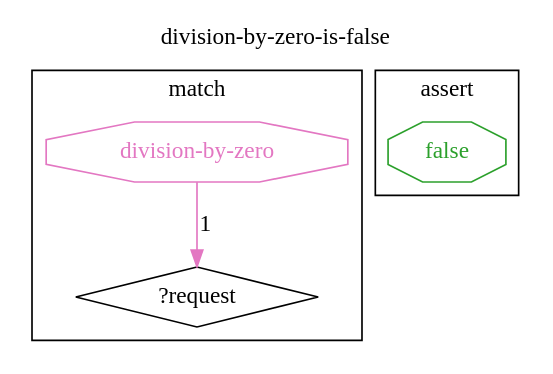
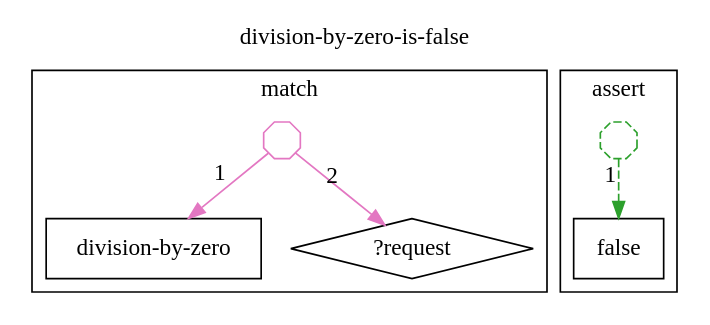
Before and after one commit to agutikov/ein: the diagram in docs/ein/user/04-reference/04-stdlib/diagrams/09-std.math.arith.division-by-zero-is-false.dot, drawn with Graphviz. The commit also changed 1083 other files, not shown here.

```diff
--- a/docs/ein/user/04-reference/04-stdlib/diagrams/09-std.math.arith.division-by-zero-is-false.dot
+++ b/docs/ein/user/04-reference/04-stdlib/diagrams/09-std.math.arith.division-by-zero-is-false.dot
@@ -1,12 +1,16 @@
 digraph rule_division_by_zero_is_false_lhs_rhs {
   rankdir=TB;
   label="division-by-zero-is-false"; labelloc=t;
   subgraph cluster_lhs { label="match";
+    "division-by-zero_L" [label="division-by-zero", shape=box];
     "?request_L" [label="?request", shape=diamond];
-    "h1_division-by-zero_L" [shape=octagon, label="division-by-zero", color="#e377c2", fontcolor="#e377c2"];
-    "h1_division-by-zero_L" -> "?request_L" [label="1", color="#e377c2"];
+    "h1_division-by-zero_L" [shape=octagon, label="", width=0.3, height=0.3, fixedsize=true, color="#e377c2"];
+    "h1_division-by-zero_L" -> "division-by-zero_L" [xlabel="1", color="#e377c2"];
+    "h1_division-by-zero_L" -> "?request_L" [xlabel="2", color="#e377c2"];
   }
   subgraph cluster_rhs { label="assert";
-    "h2_false_R" [shape=octagon, label="false", color="#2ca02c", fontcolor="#2ca02c"];
+    "false_R" [label="false", shape=box];
+    "h2_false_R" [shape=octagon, label="", width=0.3, height=0.3, fixedsize=true, color="#2ca02c", style=dashed];
+    "h2_false_R" -> "false_R" [xlabel="1", color="#2ca02c", style=dashed];
   }
 }
```
